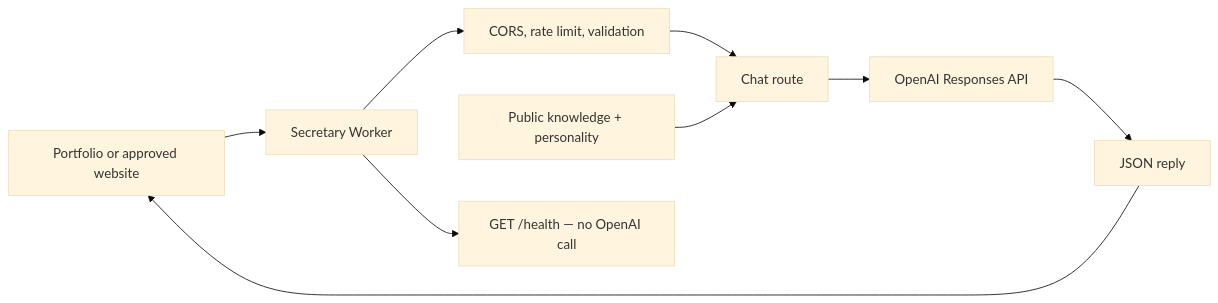
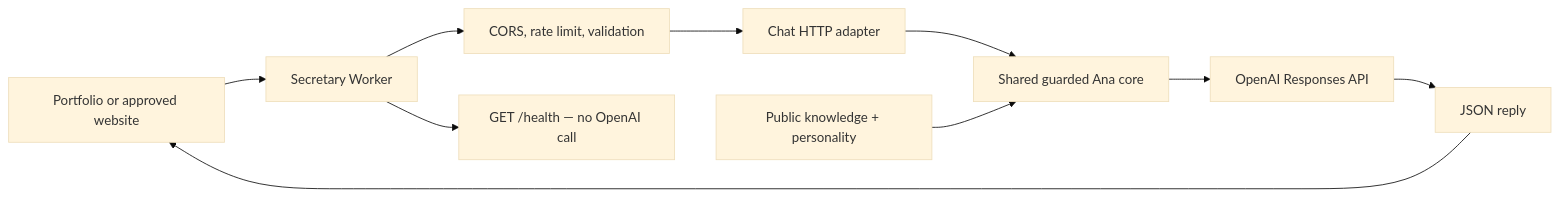
The diagram in README.md (danilostoletovic/secretary), drawn with Mermaid (base theme) before and after one commit. The commit also changed other lines of this file and 6 other files, not shown here.

Commit message:
chore: extract Shared Guarded Ana Conversation Core

````diff
--- a/README.md
+++ b/README.md
@@ -15,11 +15,12 @@
 ```mermaid
 flowchart LR
     Website[Portfolio or approved website] --> Worker[Secretary Worker]
     Worker --> Guards[CORS, rate limit, validation]
-    Guards --> Chat[Chat route]
-    Knowledge[Public knowledge + personality] --> Chat
-    Chat --> OpenAI[OpenAI Responses API]
+    Guards --> Chat[Chat HTTP adapter]
+    Chat --> Core[Shared guarded Ana core]
+    Knowledge[Public knowledge + personality] --> Core
+    Core --> OpenAI[OpenAI Responses API]
     OpenAI --> Reply[JSON reply]
     Reply --> Website
     Worker --> Health[GET /health — no OpenAI call]
 ```
````
